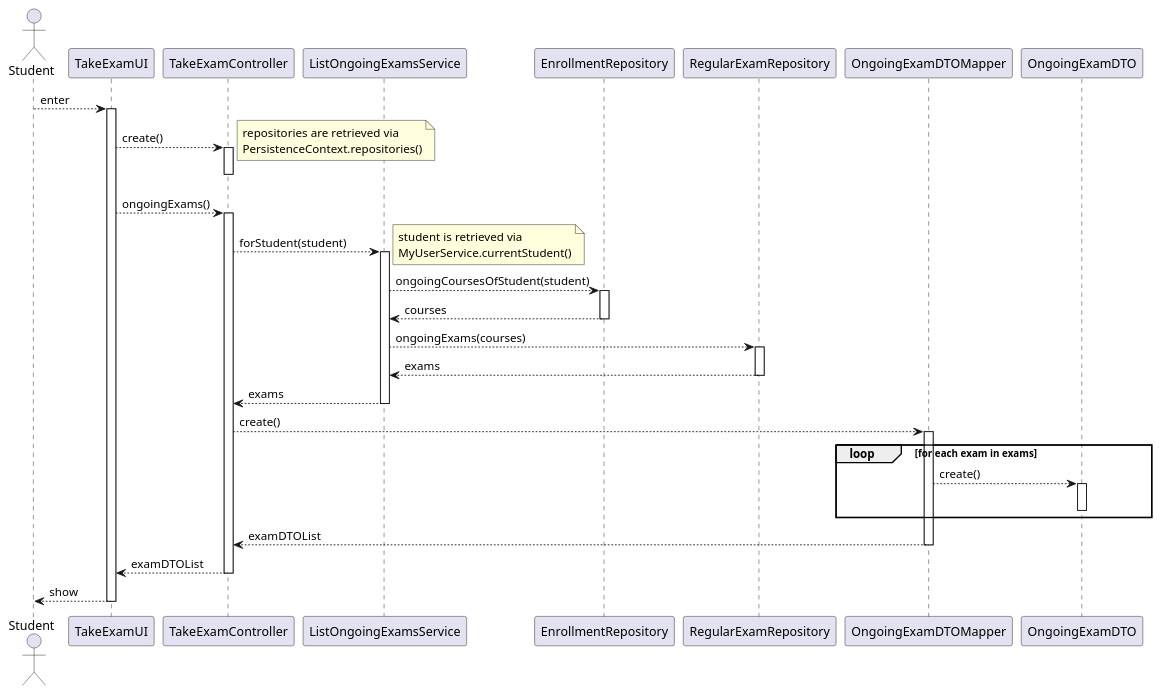
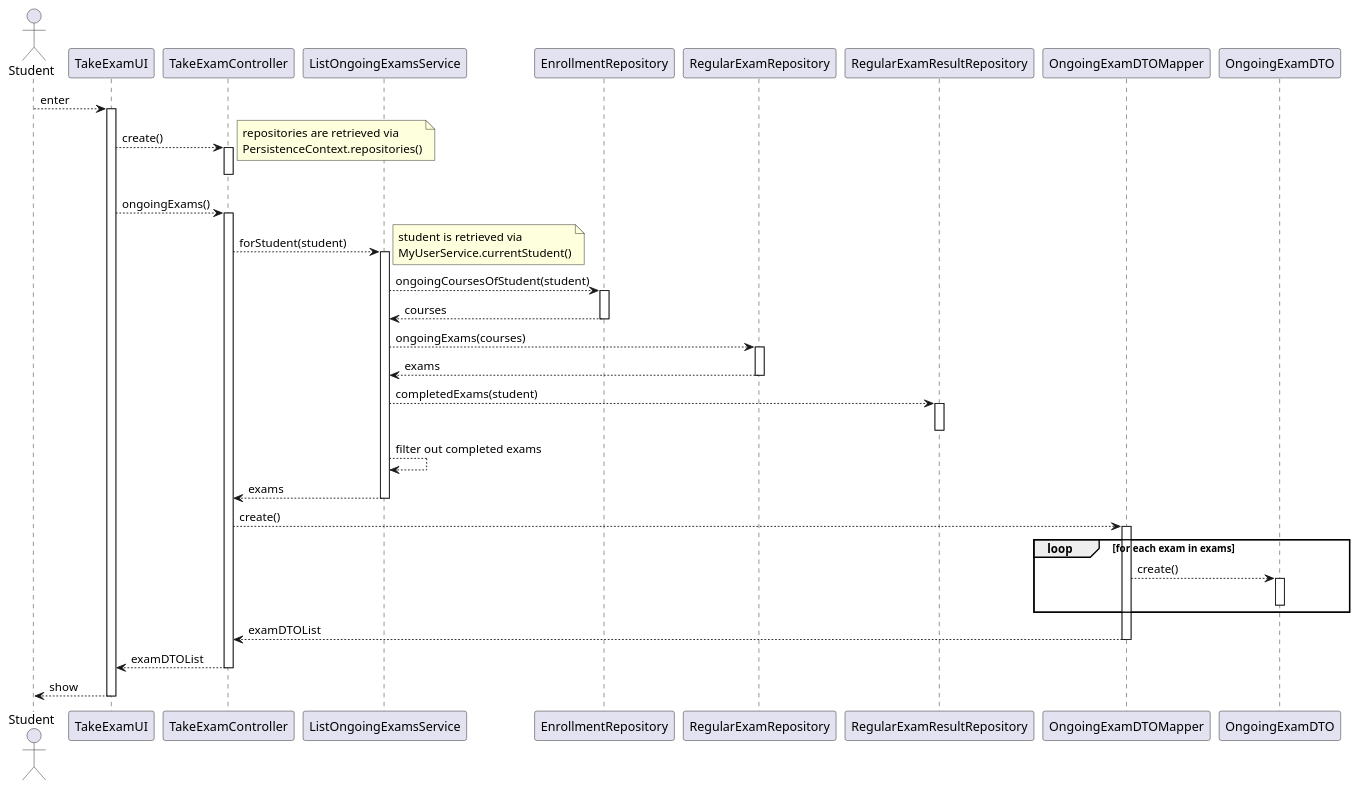
Before and after one commit to jovami/isep-lapr4: the diagram in docs/us_2004/listOngoingExamsSD.puml, drawn with PlantUML. The commit also changed 4 other files, not shown here.

First line of the commit message:
docs(us_2004): filter out completed exams

```diff
--- a/docs/us_2004/listOngoingExamsSD.puml
+++ b/docs/us_2004/listOngoingExamsSD.puml
@@ -1,53 +1,59 @@
 @startuml
 actor Student as student
 participant TakeExamUI as ui
 participant TakeExamController as ctrl
 
 participant ListOngoingExamsService as svc
 participant EnrollmentRepository as enrollment_repo
 participant RegularExamRepository as exam_repo
+participant RegularExamResultRepository as result_repo
 
 participant OngoingExamDTOMapper as mapper
 participant OngoingExamDTO as dto
 
 
 student --> ui : enter
 activate ui
     ui --> ctrl : create()
     activate ctrl
         note right : repositories are retrieved via\nPersistenceContext.repositories()
     deactivate ctrl
 
     ui --> ctrl : ongoingExams()
     activate ctrl
         ctrl --> svc : forStudent(student)
         note right : student is retrieved via\nMyUserService.currentStudent()
         activate svc
             svc --> enrollment_repo : ongoingCoursesOfStudent(student)
             activate enrollment_repo
                 enrollment_repo --> svc : courses
             deactivate enrollment_repo
 
             svc --> exam_repo : ongoingExams(courses)
             activate exam_repo
                 exam_repo --> svc : exams
             deactivate exam_repo
 
+            svc --> result_repo : completedExams(student)
+            activate result_repo
+            deactivate result_repo
+            svc --> svc : filter out completed exams
+
             svc --> ctrl : exams
         deactivate svc
 
         ctrl --> mapper : create()
         activate mapper
             loop for each exam in exams
                 mapper --> dto : create()
                 activate dto
                 deactivate dto
             end loop
             mapper --> ctrl : examDTOList
         deactivate mapper
 
         ctrl --> ui : examDTOList
     deactivate ctrl
     ui --> student : show
 deactivate ui
 @enduml
```
